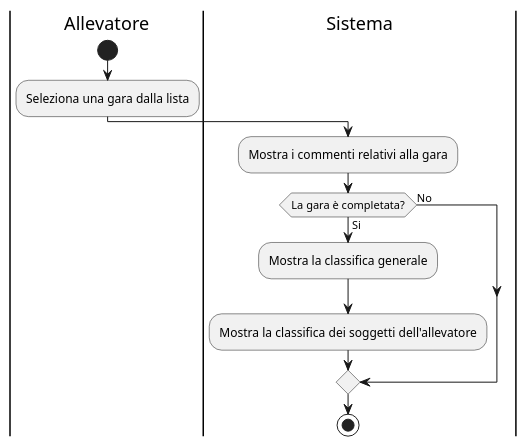
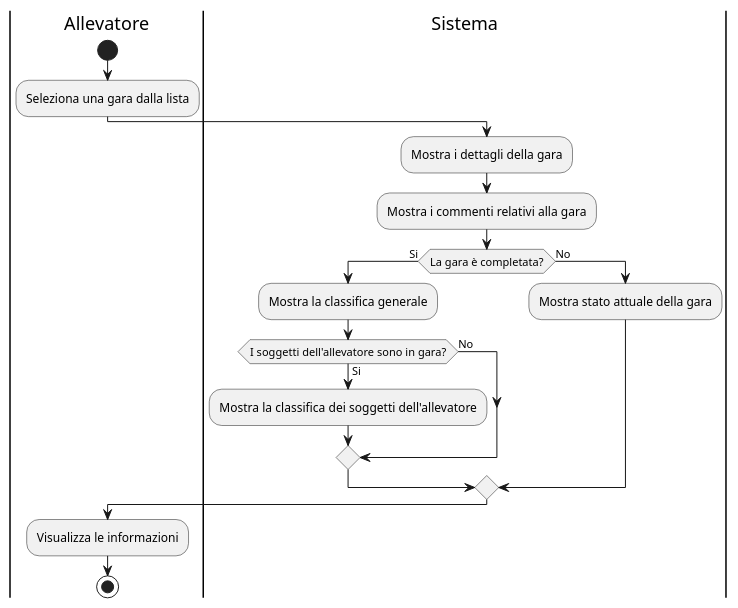
Before and after one commit to cristiancundari/birdbase: diagram 12 of 27 in docs/sezioni/usecases/2_activitydiagrams.md, drawn with PlantUML. The commit also changed other lines of this file and 4 other files, not shown here.

````diff
--- a/docs/sezioni/usecases/2_activitydiagrams.md
+++ b/docs/sezioni/usecases/2_activitydiagrams.md
@@ -266,19 +317,22 @@
 ```plantuml
 @startuml
 |Allevatore|
 start
 :Seleziona una gara dalla lista;
-
 |Sistema|
+:Mostra i dettagli della gara;
 :Mostra i commenti relativi alla gara;
 if (La gara è completata?) then (Si)
-  :Mostra la classifica generale;
-  :Mostra la classifica dei soggetti dell'allevatore;
+    :Mostra la classifica generale;
+    if (I soggetti dell'allevatore sono in gara?) then (Si)
+        :Mostra la classifica dei soggetti dell'allevatore;
+    else (No)
+    endif
 else (No)
+    :Mostra stato attuale della gara;
 endif
-
+|Allevatore|
+:Visualizza le informazioni;
 stop
 @enduml
-
-
 ```
````
